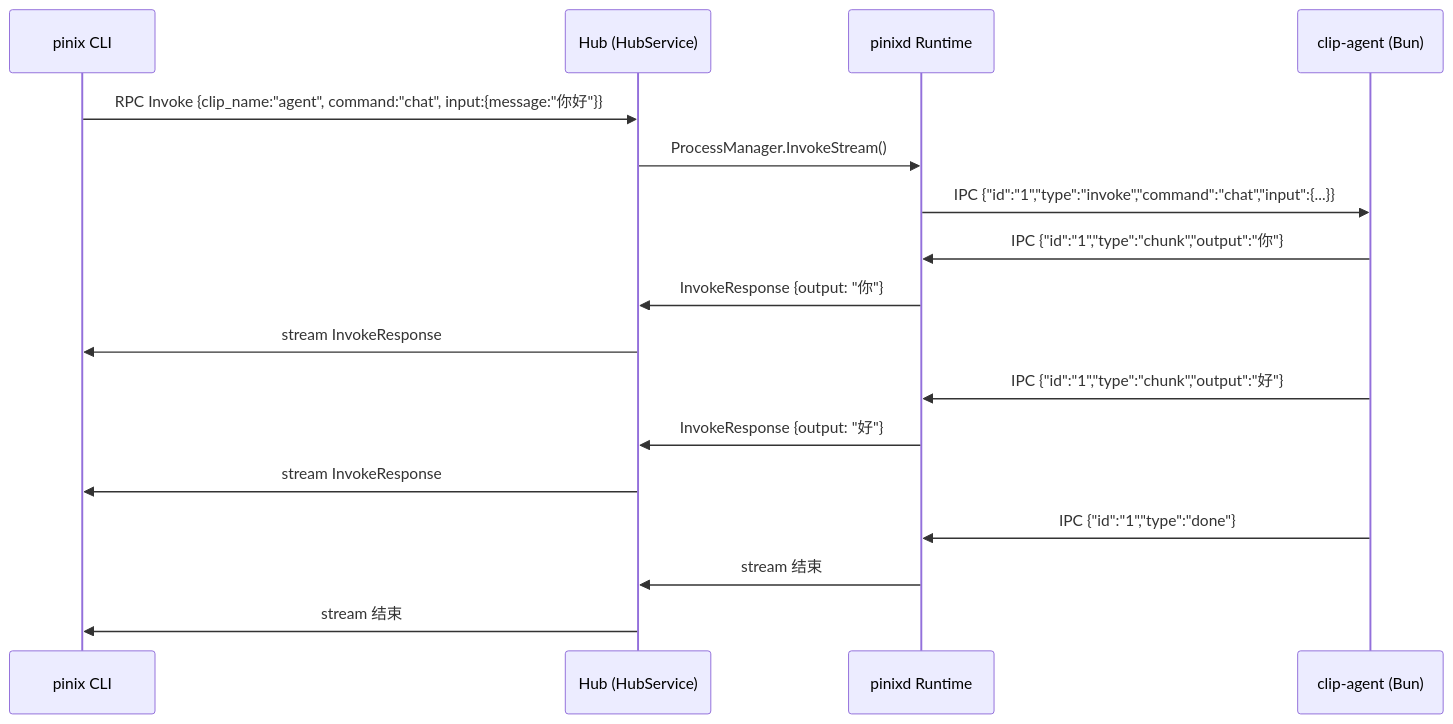
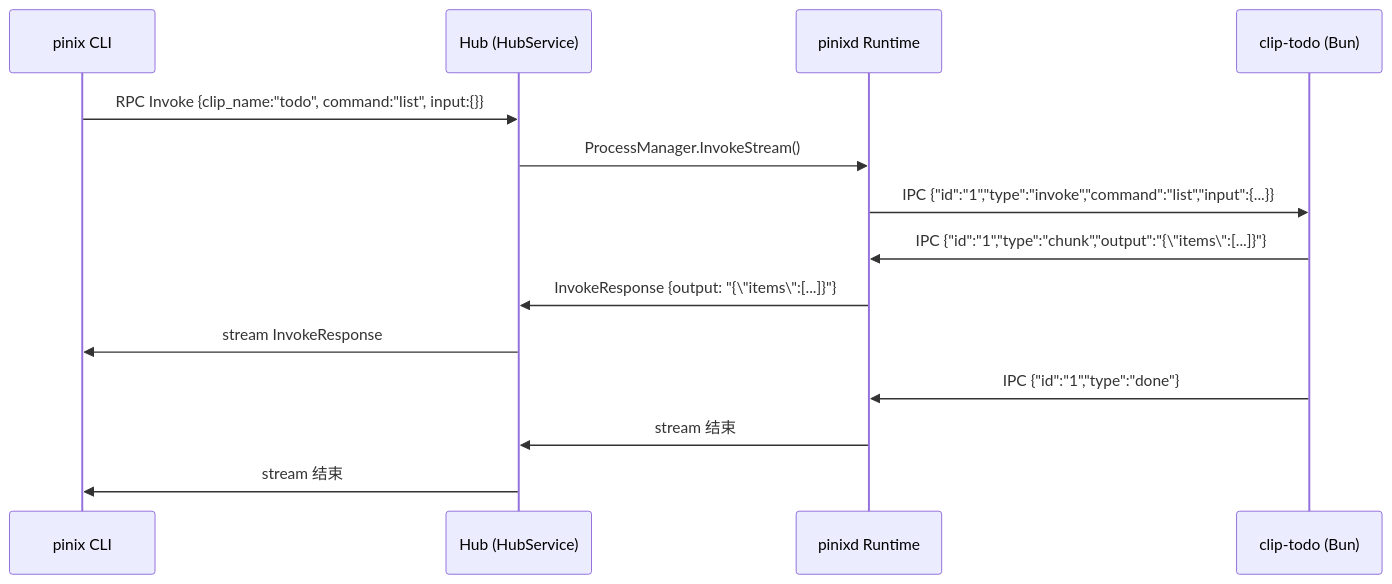
The fourth of 12 diagrams in docs/protocol.md (epiral/pinix), drawn with Mermaid before and after one commit. The commit also changed other lines of this file and 21 other files, not shown here.

First line of the commit message:
refactor: remove builtin agent runtime and pinix chat TUI (#158)

````diff
--- a/docs/protocol.md
+++ b/docs/protocol.md
@@ -116,20 +116,17 @@
 ```mermaid
 sequenceDiagram
     participant CLI as pinix CLI
     participant Hub as Hub (HubService)
     participant Runtime as pinixd Runtime
-    participant Clip as clip-agent (Bun)
+    participant Clip as clip-todo (Bun)
 
-    CLI->>Hub: RPC Invoke {clip_name:"agent", command:"chat", input:{message:"你好"}}
+    CLI->>Hub: RPC Invoke {clip_name:"todo", command:"list", input:{}}
     Hub->>Runtime: ProcessManager.InvokeStream()
-    Runtime->>Clip: IPC {"id":"1","type":"invoke","command":"chat","input":{...}}
-    Clip->>Runtime: IPC {"id":"1","type":"chunk","output":"你"}
-    Runtime->>Hub: InvokeResponse {output: "你"}
-    Hub->>CLI: stream InvokeResponse
-    Clip->>Runtime: IPC {"id":"1","type":"chunk","output":"好"}
-    Runtime->>Hub: InvokeResponse {output: "好"}
+    Runtime->>Clip: IPC {"id":"1","type":"invoke","command":"list","input":{...}}
+    Clip->>Runtime: IPC {"id":"1","type":"chunk","output":"{\"items\":[...]}"}
+    Runtime->>Hub: InvokeResponse {output: "{\"items\":[...]}"}
     Hub->>CLI: stream InvokeResponse
     Clip->>Runtime: IPC {"id":"1","type":"done"}
     Runtime->>Hub: stream 结束
     Hub->>CLI: stream 结束
 ```
````
